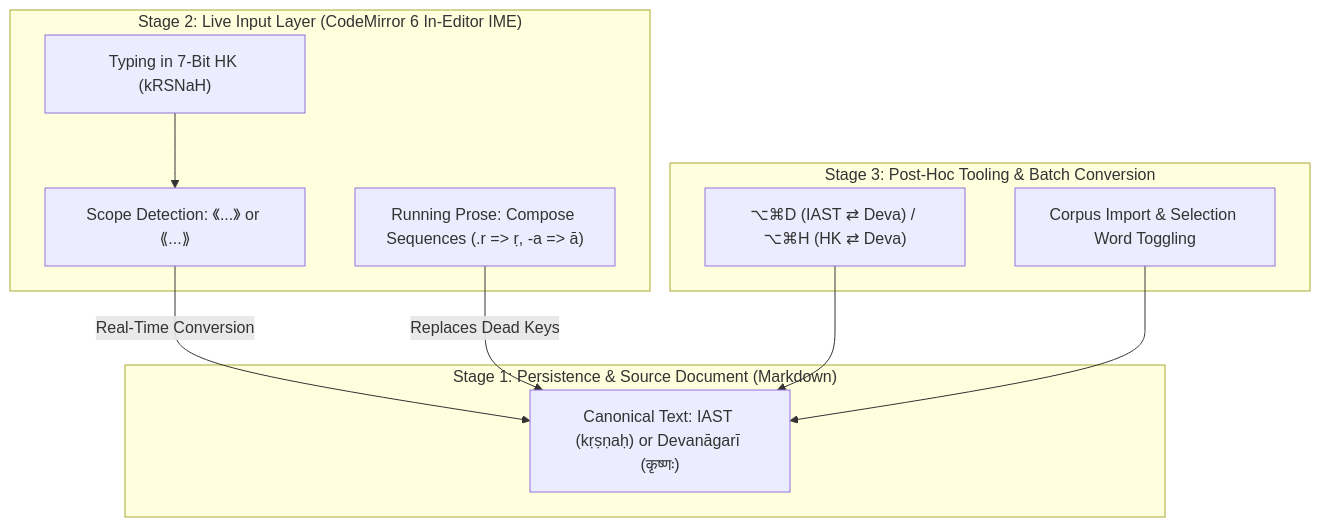
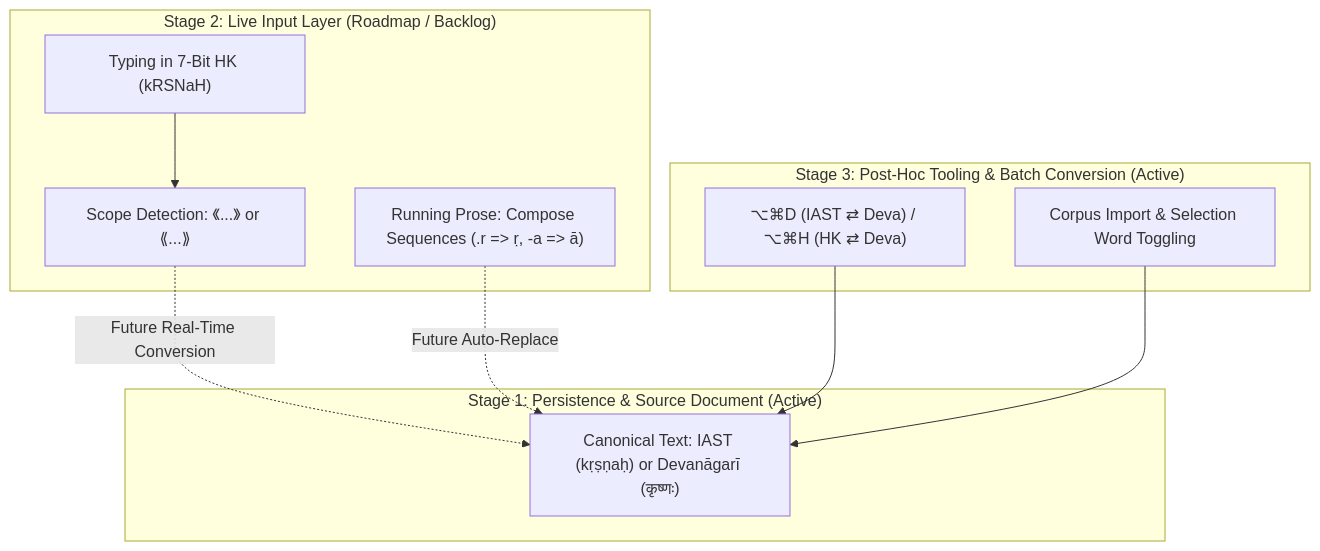
The diagram in docs/scholarly-input-architecture.md (marcodem/zentauri), drawn with Mermaid before and after one commit. The commit also changed other lines of this file and 10 other files, not shown here.

Commit message:
docs: delineate active features vs roadmap backlog and add roadmap pages

````diff
--- a/docs/scholarly-input-architecture.md
+++ b/docs/scholarly-input-architecture.md
@@ -41,22 +47,22 @@
 ```mermaid
 flowchart TD
-    subgraph Stage1["Stage 1: Persistence & Source Document (Markdown)"]
+    subgraph Stage1["Stage 1: Persistence & Source Document (Active)"]
         DOC["Canonical Text: IAST (kṛṣṇaḥ) or Devanāgarī (कृष्णः)"]
     end
 
-    subgraph Stage2["Stage 2: Live Input Layer (CodeMirror 6 In-Editor IME)"]
+    subgraph Stage2["Stage 2: Live Input Layer (Roadmap / Backlog)"]
         SCOPE["Scope Detection: 《...》 or ⟪...⟫"]
         HK_INPUT["Typing in 7-Bit HK (kRSNaH)"]
         COMPOSE["Running Prose: Compose Sequences (.r => ṛ, -a => ā)"]
-        SCOPE -->|Real-Time Conversion| DOC
-        COMPOSE -->|Replaces Dead Keys| DOC
+        SCOPE -.->|Future Real-Time Conversion| DOC
+        COMPOSE -.->|Future Auto-Replace| DOC
         HK_INPUT --> SCOPE
     end
 
-    subgraph Stage3["Stage 3: Post-Hoc Tooling & Batch Conversion"]
+    subgraph Stage3["Stage 3: Post-Hoc Tooling & Batch Conversion (Active)"]
         SHORTCUTS["⌥⌘D (IAST ⇄ Deva) / ⌥⌘H (HK ⇄ Deva)"]
         BATCH["Corpus Import & Selection Word Toggling"]
         SHORTCUTS --> DOC
         BATCH --> DOC
     end
 ```
````
